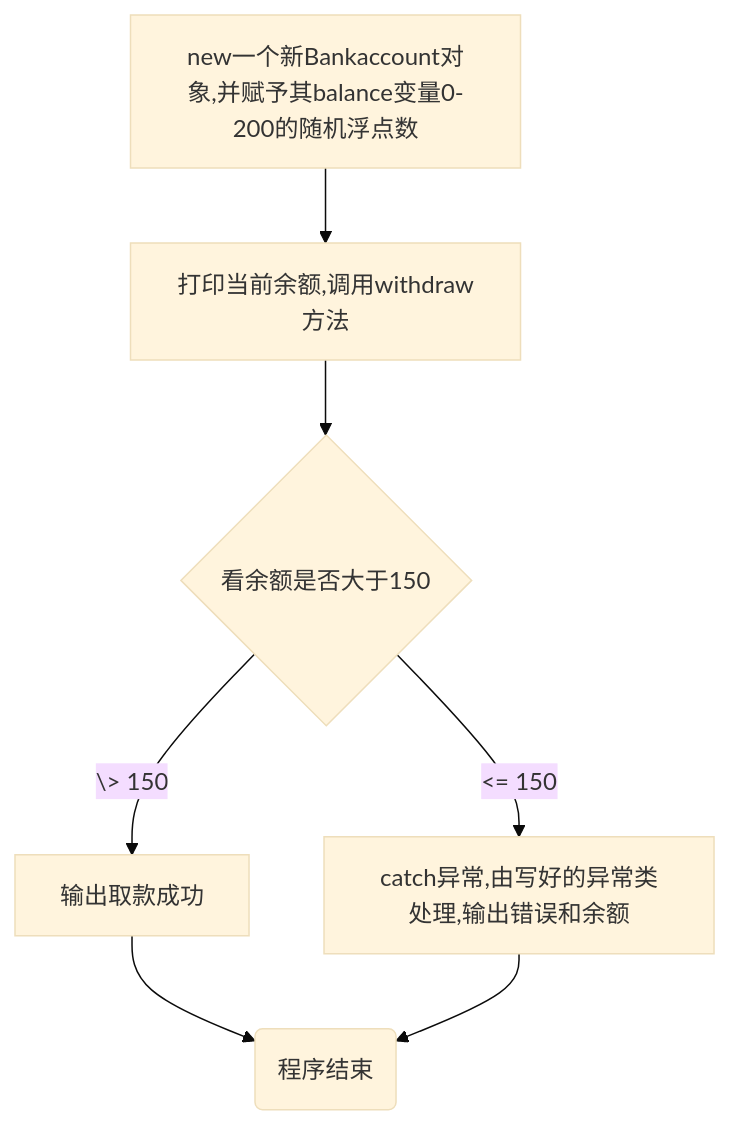
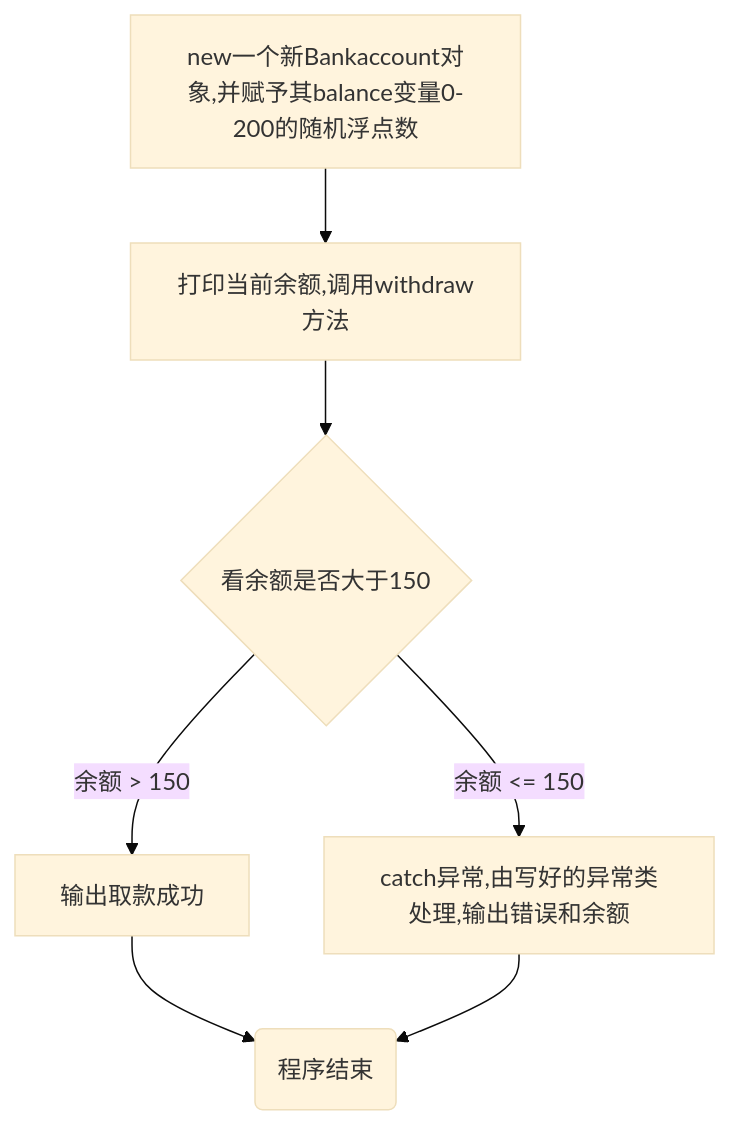
Before and after one commit to re-Starrydure/vlight: the diagram in backend7/src/com/glimmer7/glimmer7.md, drawn with Mermaid (base theme).

````diff
--- a/backend7/src/com/glimmer7/glimmer7.md
+++ b/backend7/src/com/glimmer7/glimmer7.md
@@ -41,9 +41,9 @@
 ```mermaid
 graph TD
 A[new一个新Bankaccount对象,并赋予其balance变量0-200的随机浮点数] --> B[打印当前余额,调用withdraw方法]
     B --> C{看余额是否大于150}
-    C --> |\> 150| D[输出取款成功]
-    C --> |<= 150| E[catch异常,由写好的异常类处理,输出错误和余额]
+    C --> |余额 > 150| D[输出取款成功]
+    C --> |余额 <= 150| E[catch异常,由写好的异常类处理,输出错误和余额]
  	D --> F(程序结束)
  	E --> F(程序结束)
 ```
````
